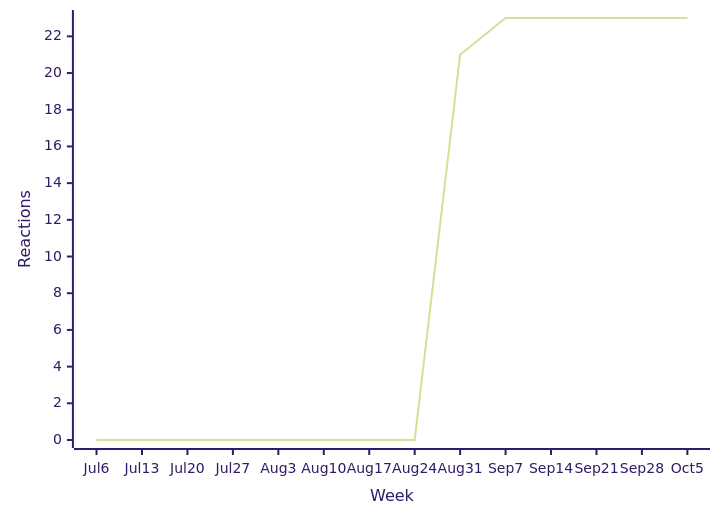
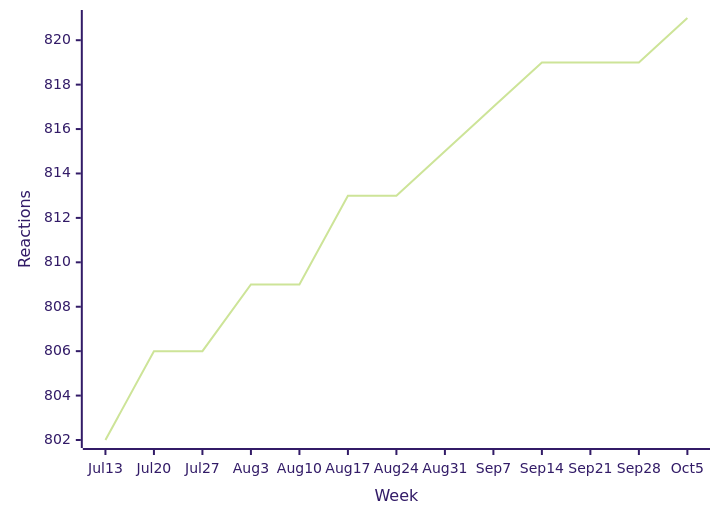
Before and after one commit to loic-sharma/github-insights: the fourth of 34 diagrams in README.md, drawn with Mermaid (forest theme). The commit also changed other lines of this file and 3 other files, not shown here.

````diff
--- a/README.md
+++ b/README.md
@@ -375,6 +375,6 @@
   ```mermaid
   xychart-beta
-    x-axis "Week" [Jul 6, Jul 13, Jul 20, Jul 27, Aug 3, Aug 10, Aug 17, Aug 24, Aug 31, Sep 7, Sep 14, Sep 21, Sep 28, Oct 5]
+    x-axis "Week" [Jul 13, Jul 20, Jul 27, Aug 3, Aug 10, Aug 17, Aug 24, Aug 31, Sep 7, Sep 14, Sep 21, Sep 28, Oct 5]
     y-axis "Reactions"
-    line [0, 0, 0, 0, 0, 0, 0, 0, 21, 23, 23, 23, 23, 23]
+    line [802, 806, 806, 809, 809, 813, 813, 815, 817, 819, 819, 819, 821]
   ```
````
